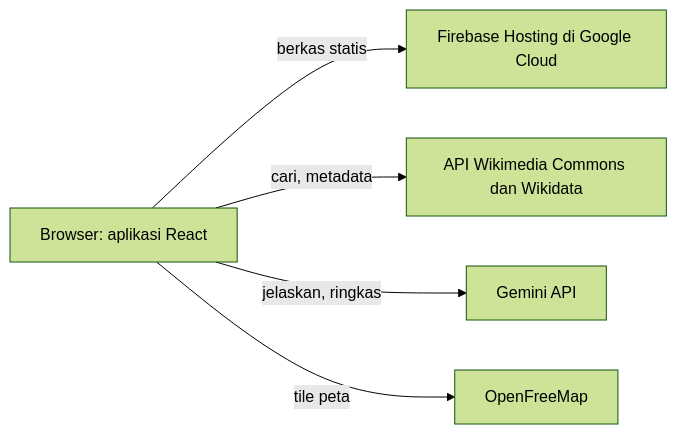
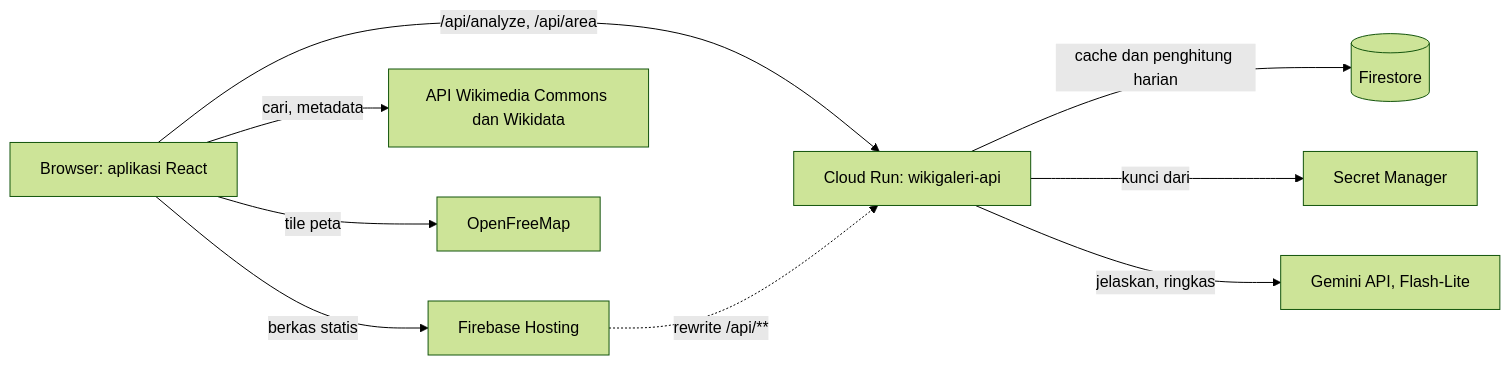
Before and after one commit to affandymurad/wikigaleri: the second of 2 diagrams in README.md, drawn with Mermaid (forest theme). The commit also changed other lines of this file and 28 other files, not shown here.

First line of the commit message:
Route Gemini through a Cloud Run API with Firestore cache

````diff
--- a/README.md
+++ b/README.md
@@ -193,7 +208,11 @@
 ```mermaid
 flowchart LR
-  U[Browser: aplikasi React] -->|berkas statis| H[Firebase Hosting di Google Cloud]
+  U[Browser: aplikasi React] -->|berkas statis| H[Firebase Hosting]
   U -->|cari, metadata| W[API Wikimedia Commons dan Wikidata]
-  U -->|jelaskan, ringkas| G[Gemini API]
   U -->|tile peta| M[OpenFreeMap]
+  U -->|/api/analyze, /api/area| R[Cloud Run: wikigaleri-api]
+  H -.->|rewrite /api/**| R
+  R -->|cache dan penghitung harian| F[(Firestore)]
+  R -->|kunci dari| S[Secret Manager]
+  R -->|jelaskan, ringkas| G[Gemini API, Flash-Lite]
 ```
````
